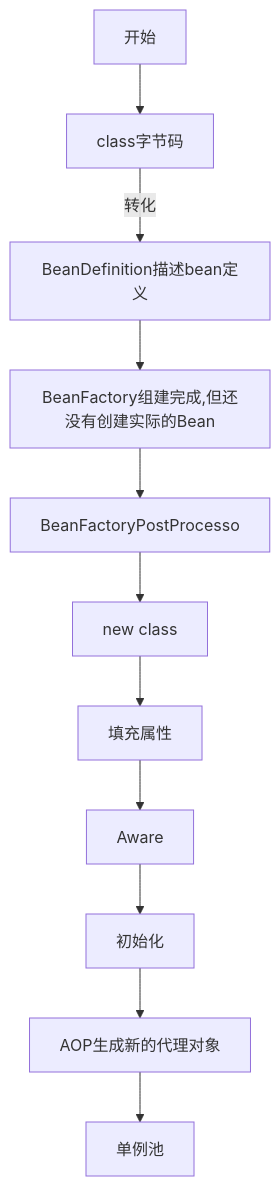
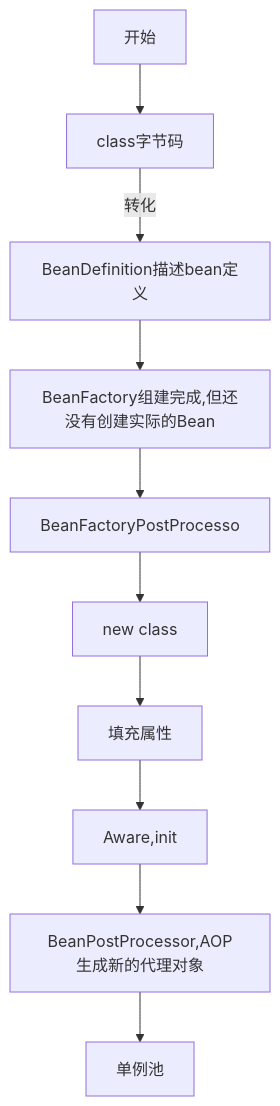
Before and after one commit to iSteinsGate/note: the diagram in spring.md, drawn with Mermaid. The commit also changed other lines of this file, not shown here.

````diff
--- a/spring.md
+++ b/spring.md
@@ -29,5 +17,4 @@
 ```mermaid
 graph TD
-开始--> A[class字节码] --转化-->BeanDefinition描述bean定义-->BeanFactory组建完成,但还没有创建实际的Bean-->BeanFactoryPostProcesso-->B[new class]-->填充属性-->Aware
--->初始化-->AOP生成新的代理对象-->单例池
+开始--> A[class字节码] --转化-->BeanDefinition描述bean定义-->BeanFactory组建完成,但还没有创建实际的Bean-->BeanFactoryPostProcesso-->B[new class]-->填充属性-->Aware,init-->BeanPostProcessor,AOP生成新的代理对象-->单例池
 ```
````
